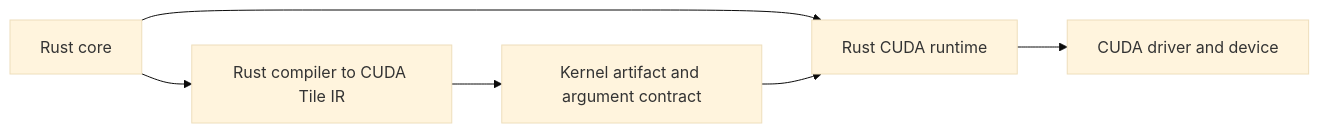
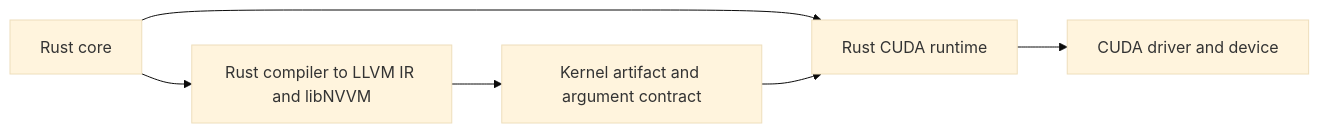
One commit to dedalus-labs/tiki changed the diagram in experiments/rust_backend/ARCHITECTURE.md. Above: the diagram before and after it, drawn with Mermaid (base theme). The commit also changed other lines of this file and 2 other files, not shown here.

First line of the commit message:
docs(rust_backend): write kernels in Tiki's own CuTe-style language

````diff
--- a/experiments/rust_backend/ARCHITECTURE.md
+++ b/experiments/rust_backend/ARCHITECTURE.md
@@ -27,8 +27,8 @@
 ```mermaid
 flowchart LR
-    model[Rust core] --> compiler[Rust compiler to CUDA Tile IR]
+    model[Rust core] --> compiler[Rust compiler to LLVM IR and libNVVM]
     compiler --> artifact[Kernel artifact and argument contract]
     model --> runtime[Rust CUDA runtime]
     artifact --> runtime
     runtime --> cuda[CUDA driver and device]
 ```
````
